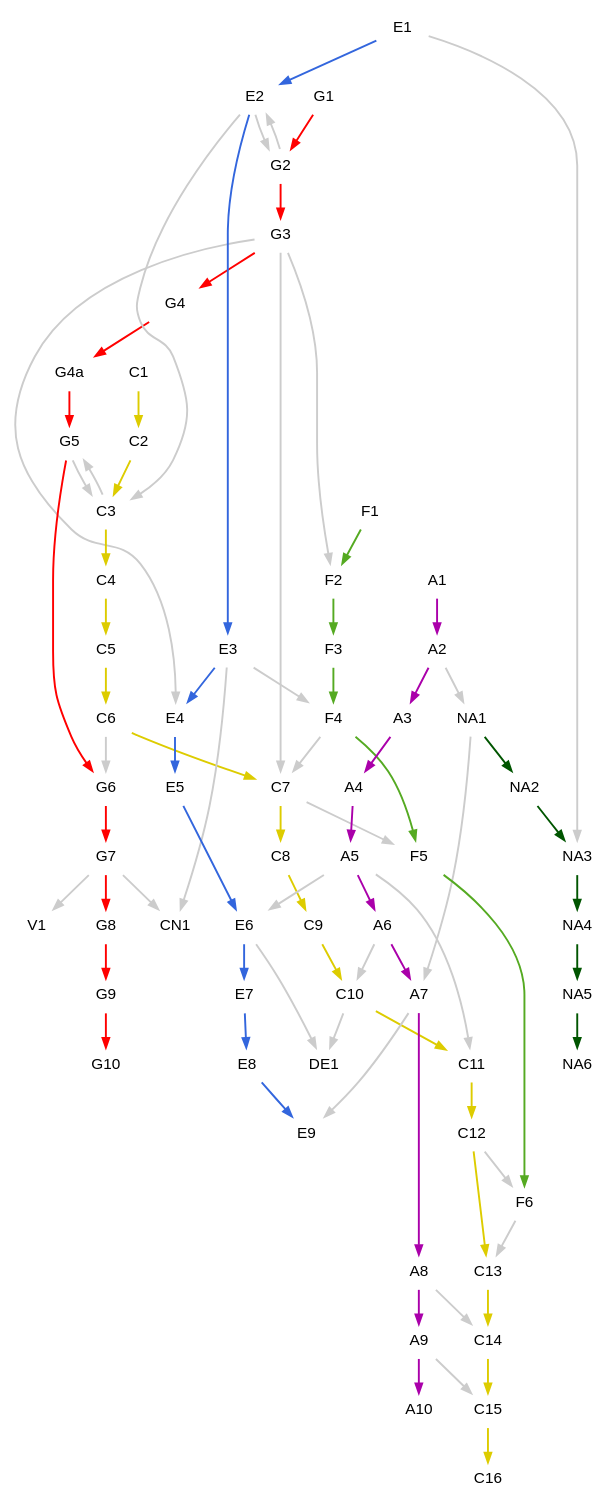
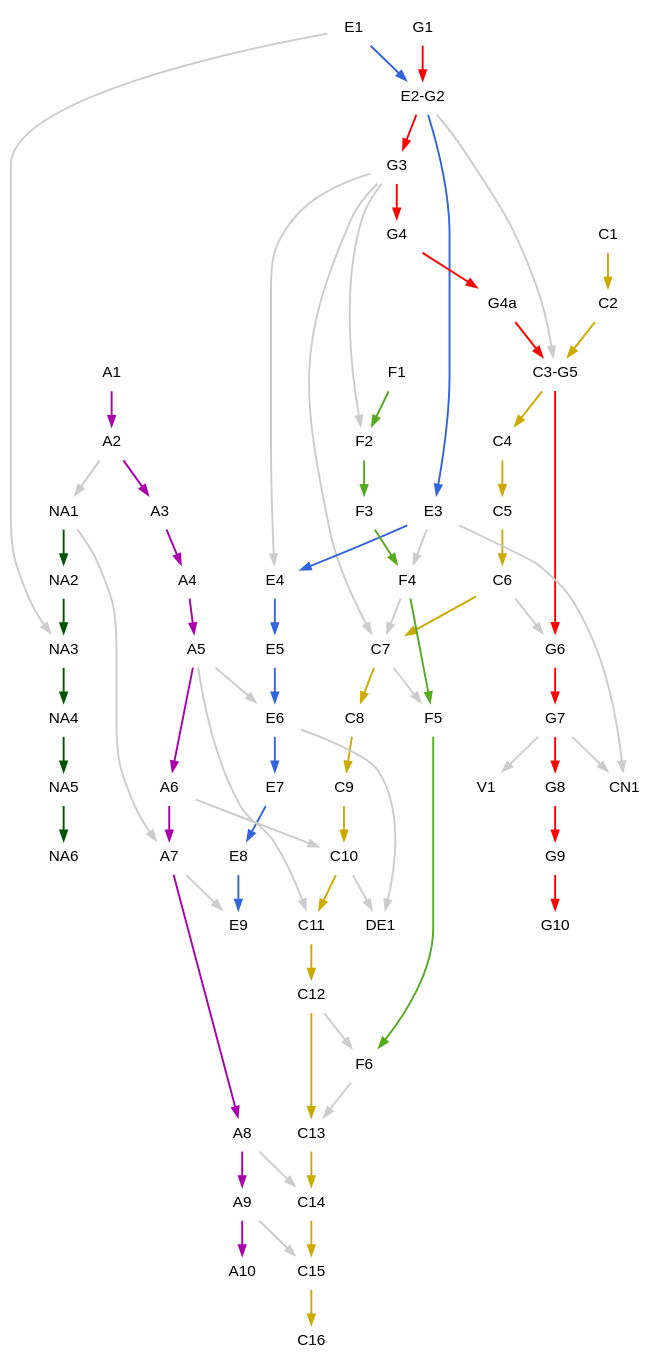
The diagram in data/cmep.gv (gmp26/site), drawn with Graphviz before and after one commit. The commit also changed 1 other file, not shown here.

Commit message:
roadmap pinchpoints revised

```diff
--- a/data/cmep.gv
+++ b/data/cmep.gv
@@ -1,91 +1,87 @@
 digraph G {
   node [shape=plaintext;style=inviz;fillcolor="#EEF2FF";fontsize=16; fontname=arial;]
   edge [style=bold;color="#005500"]
-  NA1 -> NA2;
-  NA2 -> NA3;
-  NA3 -> NA4;
-  NA4 -> NA5;
-  NA5 -> NA6;
+  NA1 -> NA2 [weight=3];
+  NA2 -> NA3 [weight=3];
+  NA3 -> NA4 [weight=3];
+  NA4 -> NA5 [weight=3];
+  NA5 -> NA6 [weight=3];
   edge [style=bold;color="#FF0000"]
-  G1 -> G2;
-  G2 -> G3;
-  G3 -> G4;
-  G4 -> G4a;
-  G4a -> G5;
-  G5 -> G6;
-  G6 -> G7;
-  G7 -> G8;
-  G8 -> G9;
-  G9 -> G10;
-  edge [style=bold;color="#DDCC00"]
-  C1 -> C2;
-  C2 -> C3;
-  C3 -> C4;
-  C4 -> C5;
-  C5 -> C6;
-  C6 -> C7;
-  C7 -> C8;
-  C8 -> C9;
-  C9 -> C10;
-  C10 -> C11;
-  C11 -> C12;
-  C12 -> C13;
-  C13 -> C14;
-  C14 -> C15;
-  C15 -> C16;
+  G1 -> "E2-G2" [weight=3];
+  "E2-G2" -> G3 [weight=3];
+  G3 -> G4 [weight=3];
+  G4 -> G4a [weight=3];
+  G4a -> "C3-G5" [weight=3];
+  "C3-G5" -> G6 [weight=3];
+  G6 -> G7 [weight=3];
+  G7 -> G8 [weight=3];
+  G8 -> G9 [weight=3];
+  G9 -> G10 [weight=3];
+  edge [style=bold;color="#CCAA00"]
+  C1 -> C2 [weight=3];
+  C2 -> "C3-G5" [weight=3];
+  "C3-G5" -> C4 [weight=3];
+  C4 -> C5 [weight=3];
+  C5 -> C6 [weight=3];
+  C6 -> C7 [weight=3];
+  C7 -> C8 [weight=3];
+  C8 -> C9 [weight=3];
+  C9 -> C10 [weight=3];
+  C10 -> C11 [weight=3];
+  C11 -> C12 [weight=3];
+  C12 -> C13 [weight=3];
+  C13 -> C14 [weight=3];
+  C14 -> C15 [weight=3];
+  C15 -> C16 [weight=3];
   edge [style=bold;color="#3366DD"]
-  E1 -> E2;
-  E2 -> E3;
-  E3 -> E4;
-  E4 -> E5;
-  E5 -> E6;
-  E6 -> E7;
-  E7 -> E8;
-  E8 -> E9;
+  E1 -> "E2-G2" [weight=3];
+  "E2-G2" -> E3 [weight=3];
+  E3 -> E4 [weight=3];
+  E4 -> E5 [weight=3];
+  E5 -> E6 [weight=3];
+  E6 -> E7 [weight=3];
+  E7 -> E8 [weight=3];
+  E8 -> E9 [weight=3];
   edge [style=bold;color="#CCCCCC"]
   A2 -> NA1;
   A5 -> C11;
   A5 -> E6;
   A6 -> C10;
   A7 -> E9;
   A8 -> C14;
   A9 -> C15;
   E1 -> NA3;
-  E2 -> C3;
-  E2 -> G2;
+  "E2-G2" -> "C3-G5";
   E3 -> F4;
   E3 -> CN1;
   E6 -> DE1;
-  C3 -> G5;
   C6 -> G6;
   C7 -> F5;
   C10 -> DE1;
   C12 -> F6;
   F4 -> C7;
   F6 -> C13;
-  G5 -> C3;
-  G2 -> E2;
   G3 -> E4;
   G3 -> C7;
   G3 -> F2;
   G7 -> V1;
   G7 -> CN1;
   NA1 -> A7;
   edge [style=bold;color="#AA00AA"]
   A1 -> A2;
   A2 -> A3;
   A3 -> A4;
   A4 -> A5;
   A5 -> A6;
   A6 -> A7;
   A7 -> A8;
   A8 -> A9;
   A9 -> A10;
   edge [style=bold;color="#55AA22"]
   F1 -> F2;
   F2 -> F3;
   F3 -> F4;
   F4 -> F5;
   F5 -> F6;
 
 }
```
